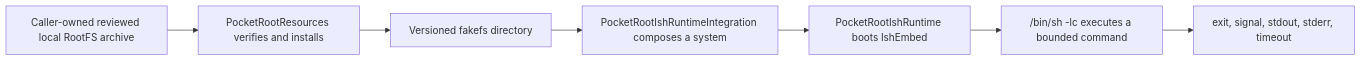
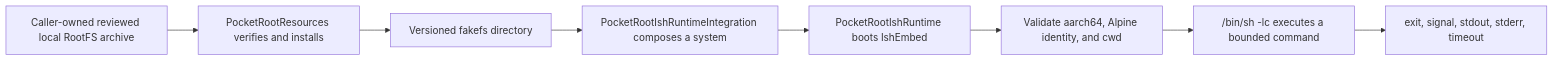
One commit to jacklv-coder/PocketRoot changed the diagram in README.en.md. Above: the diagram before and after it, drawn with Mermaid. The commit also changed other lines of this file and 27 other files, not shown here.

````diff
--- a/README.en.md
+++ b/README.en.md
@@ -25,9 +25,10 @@
 ```mermaid
 flowchart LR
     A["Caller-owned reviewed local RootFS archive"] --> B["PocketRootResources verifies and installs"]
     B --> C["Versioned fakefs directory"]
     C --> D["PocketRootIshRuntimeIntegration composes a system"]
     D --> E["PocketRootIshRuntime boots IshEmbed"]
-    E --> F["/bin/sh -lc executes a bounded command"]
-    F --> G["exit, signal, stdout, stderr, timeout"]
+    E --> F["Validate aarch64, Alpine identity, and cwd"]
+    F --> G["/bin/sh -lc executes a bounded command"]
+    G --> H["exit, signal, stdout, stderr, timeout"]
 ```
````
